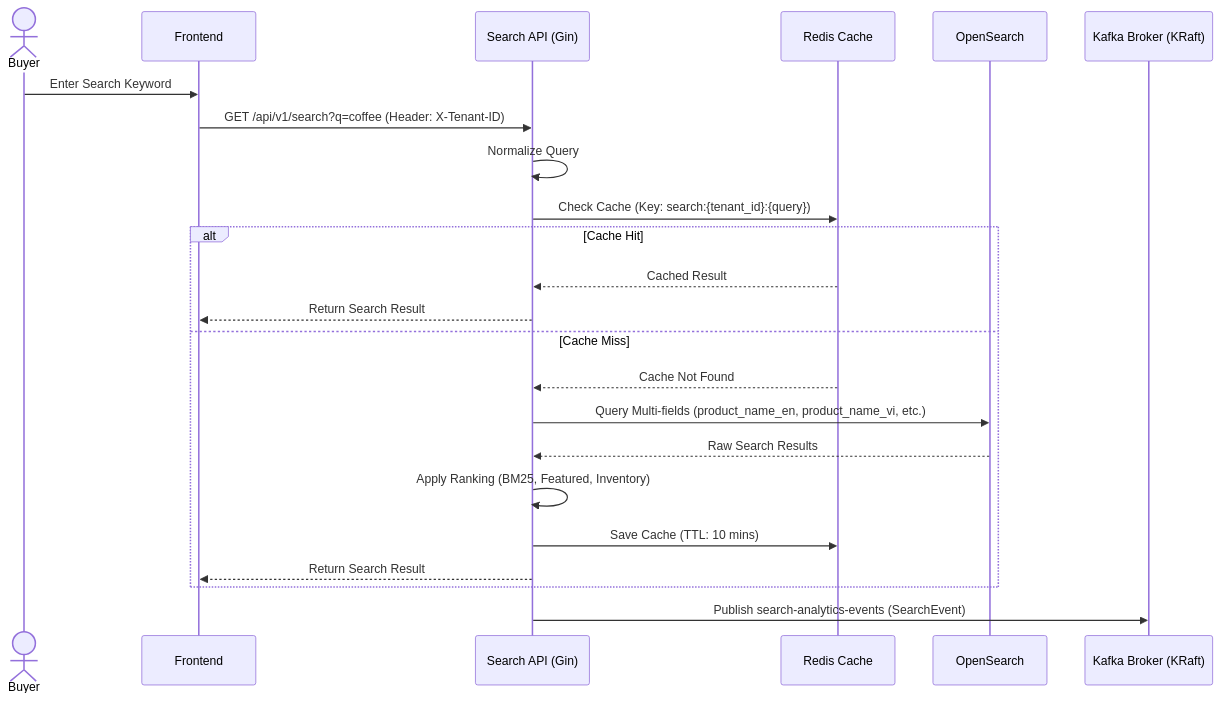
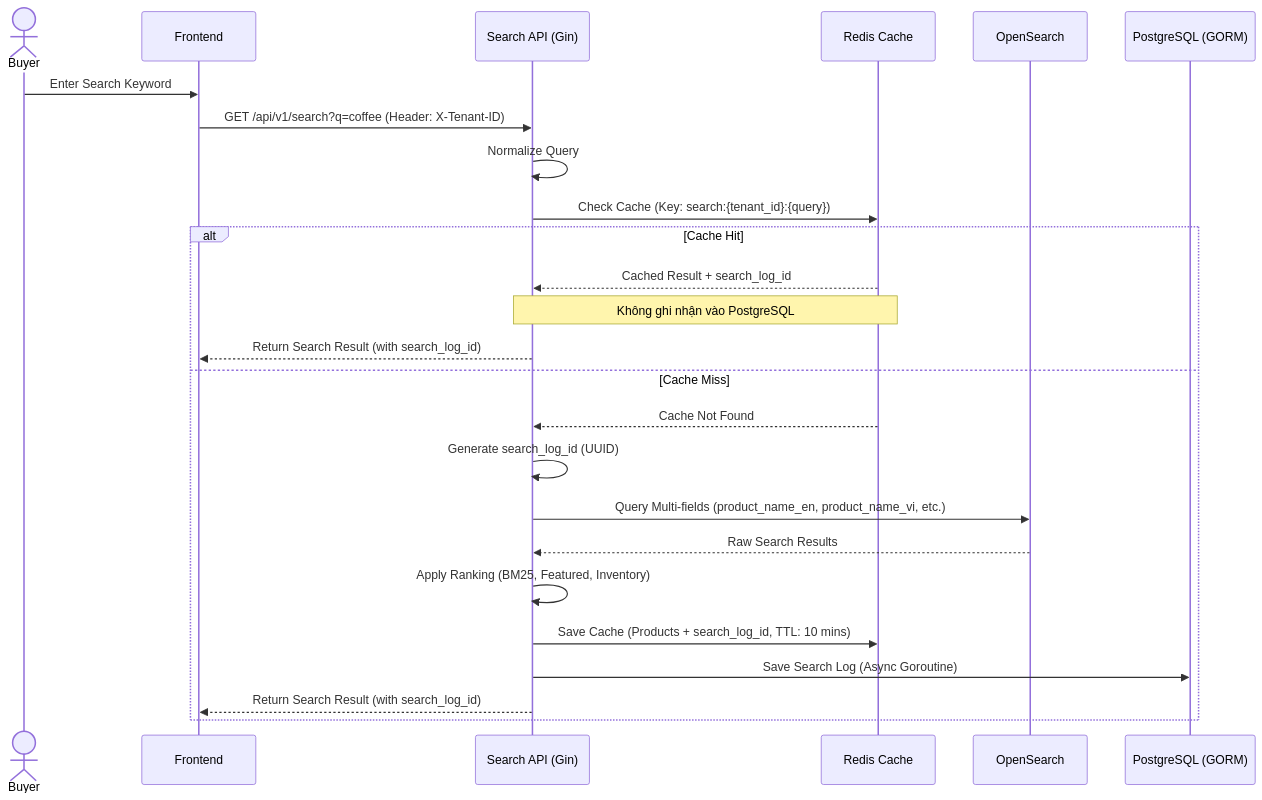
The first of 2 diagrams in ba/user-stories/US-002-Product-Search.md (PhamHao1412/search-engine), drawn with Mermaid before and after one commit. The commit also changed other lines of this file and 21 other files, not shown here.

Commit message:
[main/day3]feat: implement click tracking (us-008) and enhance search log in Search Product

````diff
--- a/ba/user-stories/US-002-Product-Search.md
+++ b/ba/user-stories/US-002-Product-Search.md
@@ -105,43 +108,45 @@
 ```mermaid
 sequenceDiagram
 
 actor Buyer
 
 participant FE as Frontend
 participant SearchAPI as Search API (Gin)
 participant Redis as Redis Cache
 participant OpenSearch as OpenSearch
-participant Broker as Kafka Broker (KRaft)
+participant DB as PostgreSQL (GORM)
 
 Buyer->>FE: Enter Search Keyword
 
 FE->>SearchAPI: GET /api/v1/search?q=coffee (Header: X-Tenant-ID)
 
 SearchAPI->>SearchAPI: Normalize Query
 
 SearchAPI->>Redis: Check Cache (Key: search:{tenant_id}:{query})
 
 alt Cache Hit
 
-Redis-->>SearchAPI: Cached Result
+Redis-->>SearchAPI: Cached Result + search_log_id
+Note over SearchAPI,Redis: Không ghi nhận vào PostgreSQL
 
-SearchAPI-->>FE: Return Search Result
+SearchAPI-->>FE: Return Search Result (with search_log_id)
 
 else Cache Miss
 
 Redis-->>SearchAPI: Cache Not Found
+SearchAPI->>SearchAPI: Generate search_log_id (UUID)
 
 SearchAPI->>OpenSearch: Query Multi-fields (product_name_en, product_name_vi, etc.)
 
 OpenSearch-->>SearchAPI: Raw Search Results
 
 SearchAPI->>SearchAPI: Apply Ranking (BM25, Featured, Inventory)
 
-SearchAPI->>Redis: Save Cache (TTL: 10 mins)
+SearchAPI->>Redis: Save Cache (Products + search_log_id, TTL: 10 mins)
 
-SearchAPI-->>FE: Return Search Result
+SearchAPI->>DB: Save Search Log (Async Goroutine)
+
+SearchAPI-->>FE: Return Search Result (with search_log_id)
 
 end
-
-SearchAPI->>Broker: Publish search-analytics-events (SearchEvent)
 ```
````
